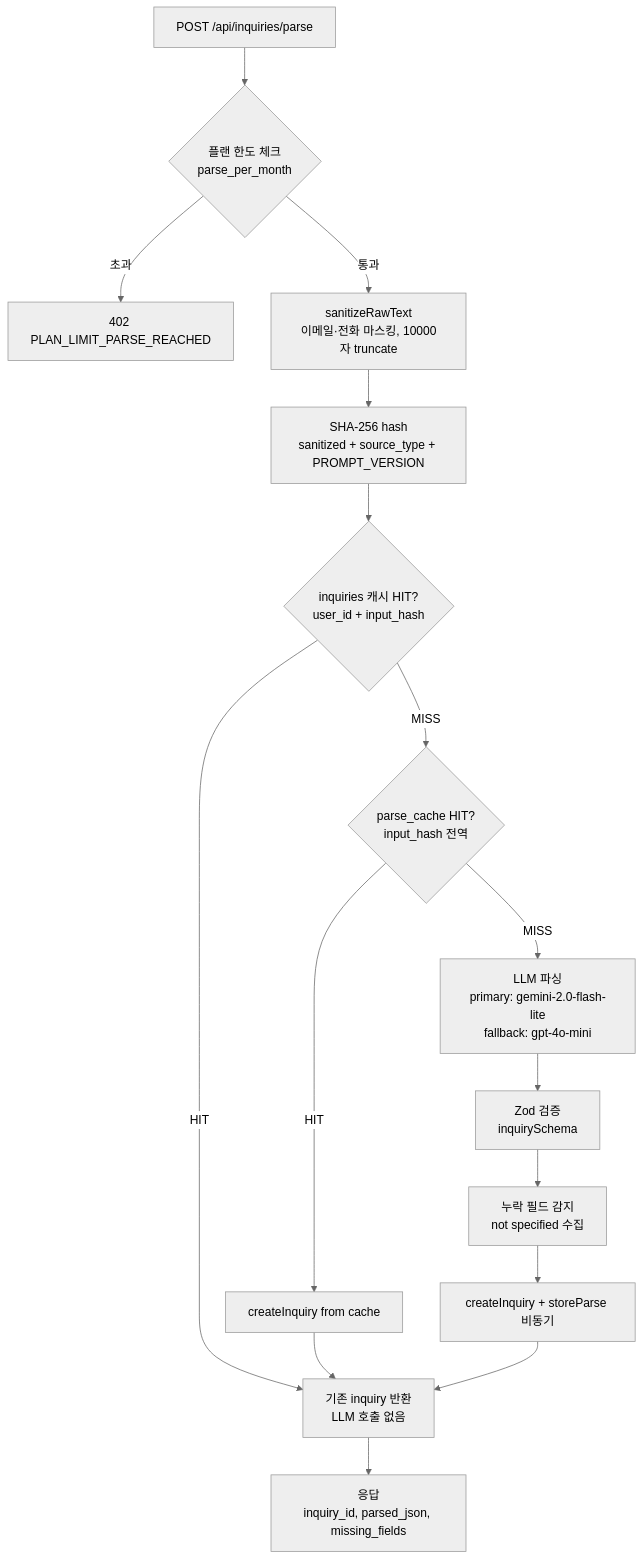
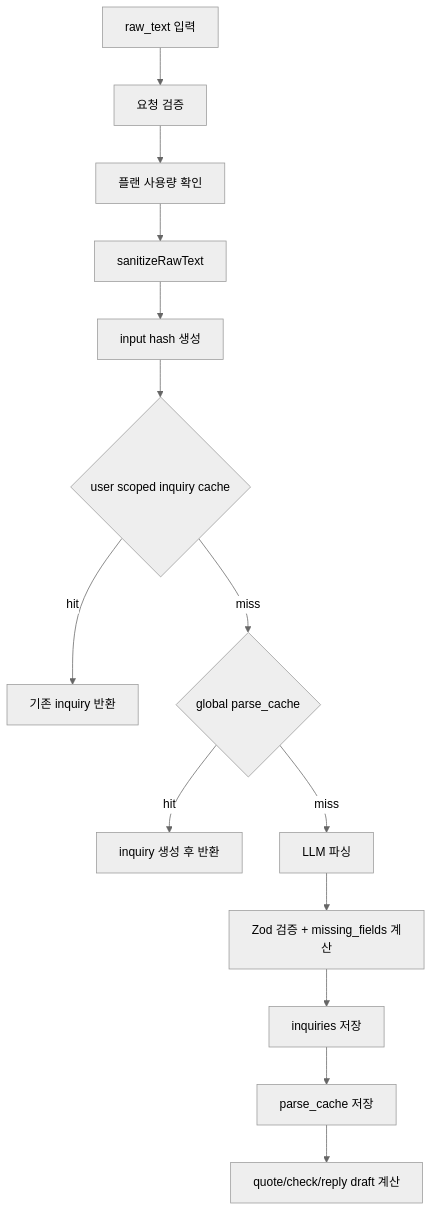
One commit to FrierenCode/DELO_Copilot changed the second of 2 diagrams in README.md. Above: the diagram before and after it, drawn with Mermaid (neutral theme). The commit also changed other lines of this file and 1 other file, not shown here.

````diff
--- a/README.md
+++ b/README.md
@@ -400,18 +257,16 @@
 ```mermaid
 flowchart TD
-  A[POST /api/inquiries/parse] --> B{플랜 한도 체크\nparse_per_month}
-  B -->|초과| Z1[402 PLAN_LIMIT_PARSE_REACHED]
-  B -->|통과| C[sanitizeRawText\n이메일·전화 마스킹, 10000자 truncate]
-  C --> D[SHA-256 hash\nsanitized + source_type + PROMPT_VERSION]
-  D --> E{inquiries 캐시 HIT?\nuser_id + input_hash}
-  E -->|HIT| R[기존 inquiry 반환\nLLM 호출 없음]
-  E -->|MISS| F{parse_cache HIT?\ninput_hash 전역}
-  F -->|HIT| G[createInquiry from cache]
-  G --> R
-  F -->|MISS| H[LLM 파싱\nprimary: gemini-2.0-flash-lite\nfallback: gpt-4o-mini]
-  H --> I[Zod 검증\ninquirySchema]
-  I --> J[누락 필드 감지\nnot specified 수집]
-  J --> K[createInquiry + storeParse 비동기]
-  K --> R
-  R --> END[응답\ninquiry_id, parsed_json, missing_fields]
+  A[raw_text 입력] --> B[요청 검증]
+  B --> C[플랜 사용량 확인]
+  C --> D[sanitizeRawText]
+  D --> E[input hash 생성]
+  E --> F{user scoped inquiry cache}
+  F -->|hit| G[기존 inquiry 반환]
+  F -->|miss| H{global parse_cache}
+  H -->|hit| I[inquiry 생성 후 반환]
+  H -->|miss| J[LLM 파싱]
+  J --> K[Zod 검증 + missing_fields 계산]
+  K --> L[inquiries 저장]
+  L --> M[parse_cache 저장]
+  M --> N[quote/check/reply draft 계산]
 ```
````
